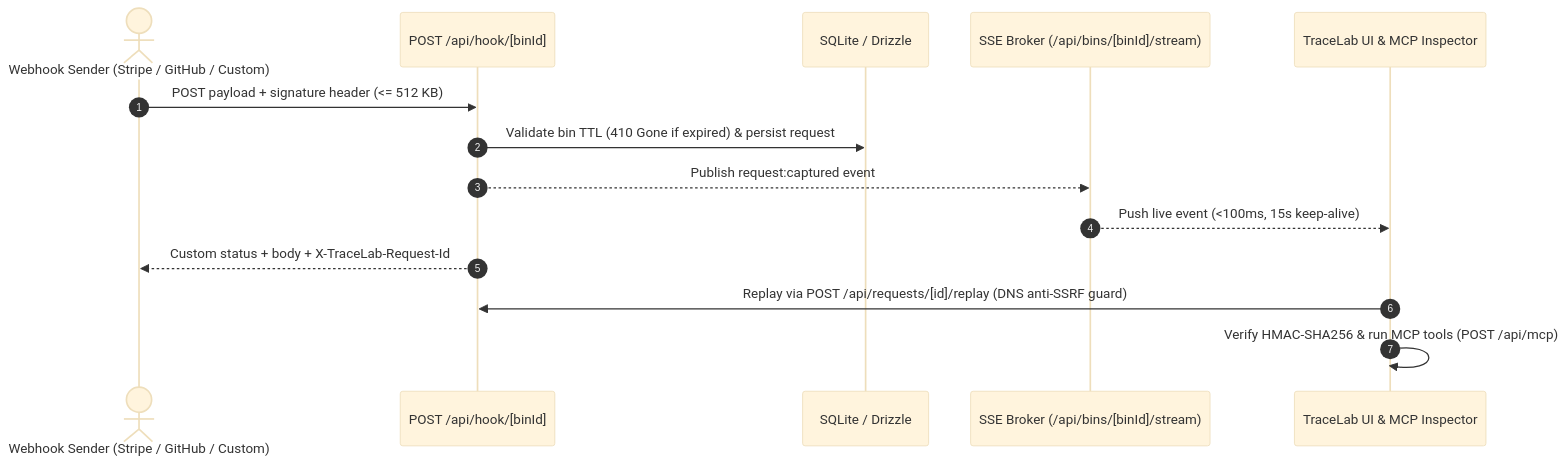
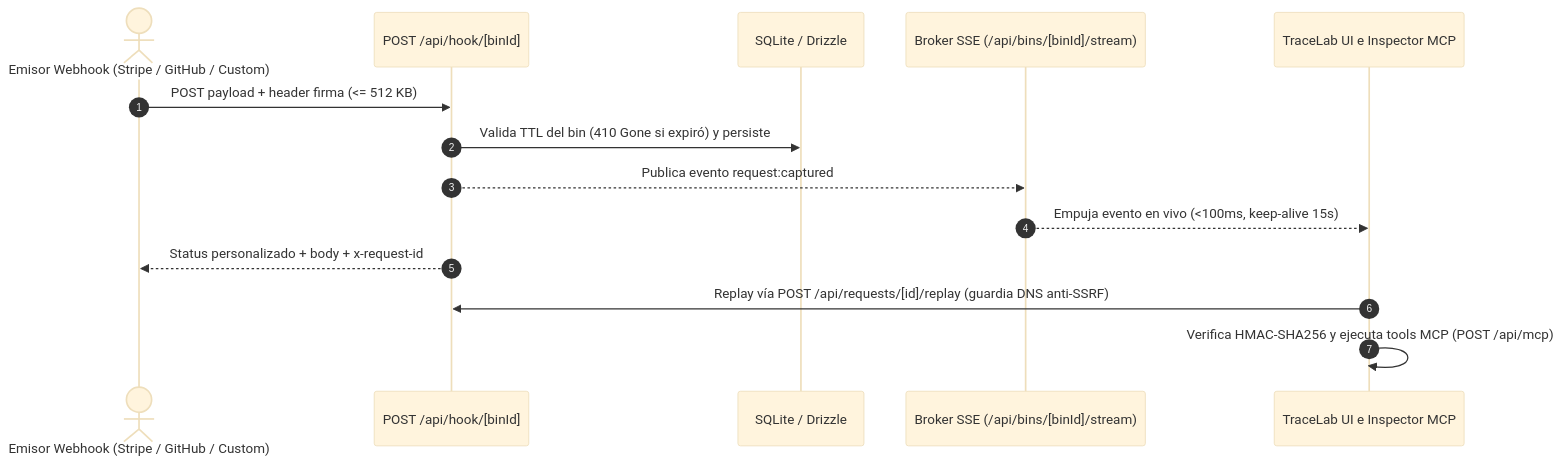
One commit to vejjeto/tracelab-webhooks changed the diagram in README.md. Above: the diagram before and after it, drawn with Mermaid (base theme). The commit also changed other lines of this file, not shown here.

````diff
--- a/README.md
+++ b/README.md
@@ -14,17 +14,17 @@
 ```mermaid
 sequenceDiagram
     autonumber
-    actor Sender as Webhook Sender (Stripe / GitHub / Custom)
+    actor Sender as Emisor Webhook (Stripe / GitHub / Custom)
     participant Hook as POST /api/hook/[binId]
     participant DB as SQLite / Drizzle
-    participant SSE as SSE Broker (/api/bins/[binId]/stream)
-    participant UI as TraceLab UI & MCP Inspector
+    participant SSE as Broker SSE (/api/bins/[binId]/stream)
+    participant UI as TraceLab UI e Inspector MCP
 
-    Sender->>Hook: POST payload + signature header (<= 512 KB)
-    Hook->>DB: Validate bin TTL (410 Gone if expired) & persist request
-    Hook-->>SSE: Publish request:captured event
-    SSE-->>UI: Push live event (<100ms, 15s keep-alive)
-    Hook-->>Sender: Custom status + body + X-TraceLab-Request-Id
-    UI->>Hook: Replay via POST /api/requests/[id]/replay (DNS anti-SSRF guard)
-    UI->>UI: Verify HMAC-SHA256 & run MCP tools (POST /api/mcp)
+    Sender->>Hook: POST payload + header firma (<= 512 KB)
+    Hook->>DB: Valida TTL del bin (410 Gone si expiró) y persiste
+    Hook-->>SSE: Publica evento request:captured
+    SSE-->>UI: Empuja evento en vivo (<100ms, keep-alive 15s)
+    Hook-->>Sender: Status personalizado + body + x-request-id
+    UI->>Hook: Replay vía POST /api/requests/[id]/replay (guardia DNS anti-SSRF)
+    UI->>UI: Verifica HMAC-SHA256 y ejecuta tools MCP (POST /api/mcp)
 ```
````
